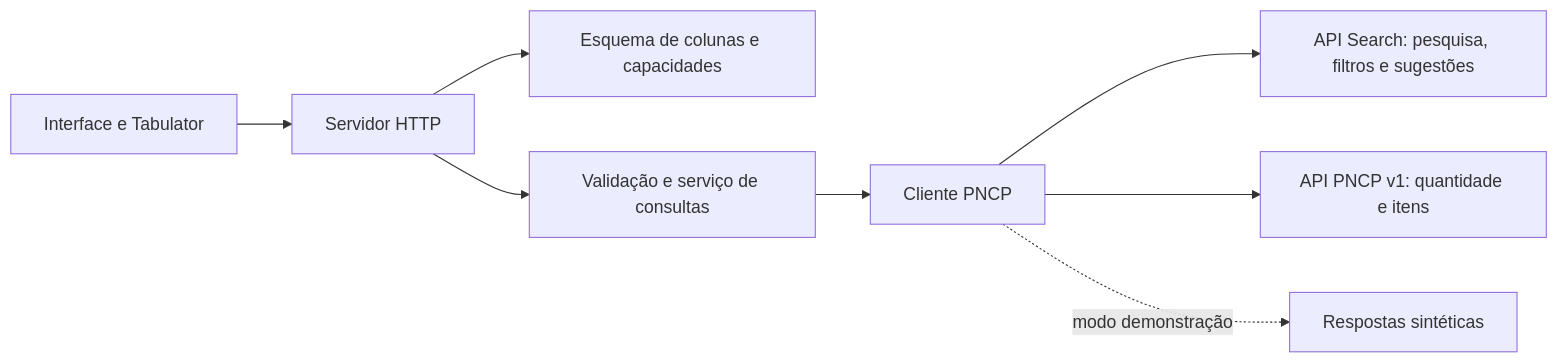
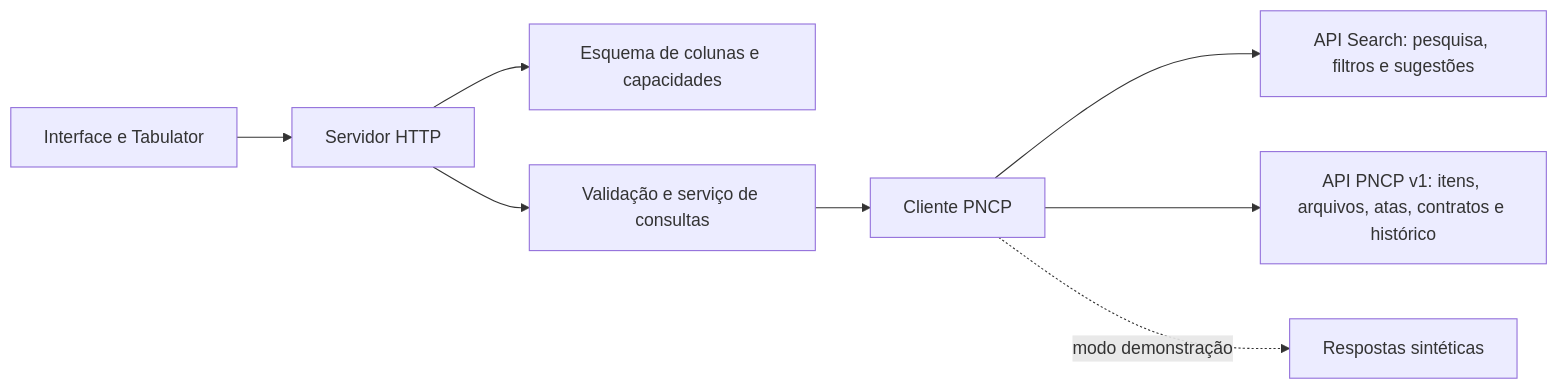
One commit to victorgmbraga/compras-web changed the diagram in docs/arquitetura.md. Above: the diagram before and after it, drawn with Mermaid. The commit also changed other lines of this file and 15 other files, not shown here.

````diff
--- a/docs/arquitetura.md
+++ b/docs/arquitetura.md
@@ -5,10 +5,10 @@
 ```mermaid
 flowchart LR
     UI[Interface e Tabulator] --> HTTP[Servidor HTTP]
     HTTP --> Schema[Esquema de colunas e capacidades]
     HTTP --> Query[Validação e serviço de consultas]
     Query --> Client[Cliente PNCP]
     Client --> Search[API Search: pesquisa, filtros e sugestões]
-    Client --> Items[API PNCP v1: quantidade e itens]
+    Client --> Items[API PNCP v1: itens, arquivos, atas, contratos e histórico]
     Client -. modo demonstração .-> Demo[Respostas sintéticas]
 ```
````
